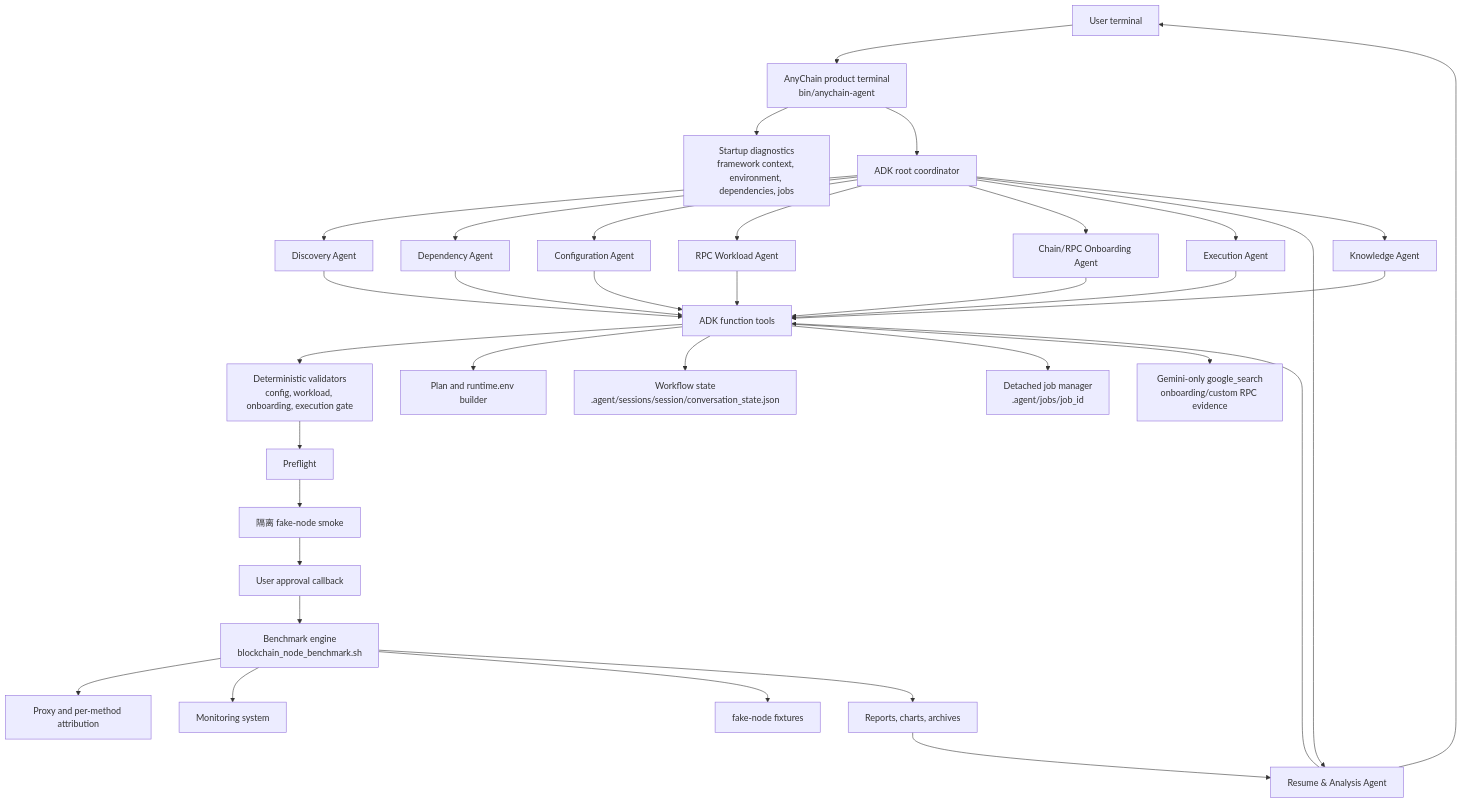
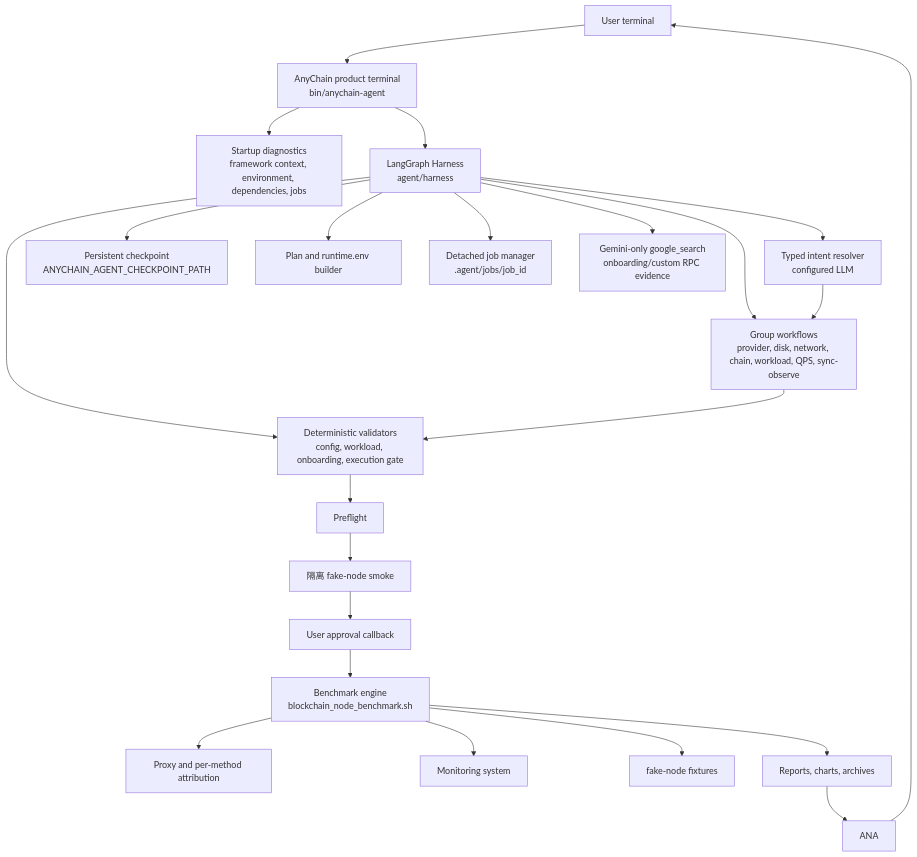
The first of 3 diagrams in docs/zh/adk-agent-architecture.md (StayHungryStayFoolish/AnyChainBenchmarkAgent), drawn with Mermaid before and after one commit. The commit also changed other lines of this file and 96 other files, not shown here.

Commit message:
Refactor AnyChain Agent harness and sync observe

````diff
--- a/docs/zh/adk-agent-architecture.md
+++ b/docs/zh/adk-agent-architecture.md
@@ -10,41 +10,28 @@
 ```mermaid
 flowchart TD
   U["User terminal"] --> T["AnyChain product terminal<br/>bin/anychain-agent"]
   T --> D["Startup diagnostics<br/>framework context, environment, dependencies, jobs"]
-  T --> R["ADK root coordinator"]
+  T --> H["LangGraph Harness<br/>agent/harness"]
 
-  R --> DS["Discovery Agent"]
-  R --> DEP["Dependency Agent"]
-  R --> CFG["Configuration Agent"]
-  R --> RPC["RPC Workload Agent"]
-  R --> ONB["Chain/RPC Onboarding Agent"]
-  R --> EXE["Execution Agent"]
-  R --> ANA["Resume & Analysis Agent"]
-  R --> KB["Knowledge Agent"]
+  H --> I["Typed intent resolver<br/>configured LLM"]
+  H --> G["Group workflows<br/>provider, disk, network, chain, workload, QPS, sync-observe"]
+  H --> S["Persistent checkpoint<br/>ANYCHAIN_AGENT_CHECKPOINT_PATH"]
+  H --> VAL["Deterministic validators<br/>config, workload, onboarding, execution gate"]
+  H --> PLAN["Plan and runtime.env builder"]
+  H --> JOB["Detached job manager<br/>.agent/jobs/job_id"]
+  H --> SEARCH["Gemini-only google_search<br/>onboarding/custom RPC evidence"]
 
-  DS --> TOOLS["ADK function tools"]
-  DEP --> TOOLS
-  CFG --> TOOLS
-  RPC --> TOOLS
-  ONB --> TOOLS
-  EXE --> TOOLS
-  ANA --> TOOLS
-  KB --> TOOLS
-
-  TOOLS --> VAL["Deterministic validators<br/>config, workload, onboarding, execution gate"]
-  TOOLS --> PLAN["Plan and runtime.env builder"]
-  TOOLS --> STATE["Workflow state<br/>.agent/sessions/session/conversation_state.json"]
-  TOOLS --> JOB["Detached job manager<br/>.agent/jobs/job_id"]
-  TOOLS --> SEARCH["Gemini-only google_search<br/>onboarding/custom RPC evidence"]
+  I --> G
+  G --> VAL
 
   VAL --> PRE["Preflight"]
   PRE --> SMOKE["隔离 fake-node smoke"]
   SMOKE --> APPROVE["User approval callback"]
   APPROVE --> BENCH["Benchmark engine<br/>blockchain_node_benchmark.sh"]
   BENCH --> PROXY["Proxy and per-method attribution"]
   BENCH --> MON["Monitoring system"]
   BENCH --> FN["fake-node fixtures"]
   BENCH --> ART["Reports, charts, archives"]
   ART --> ANA
   ANA --> U
 ```
````
